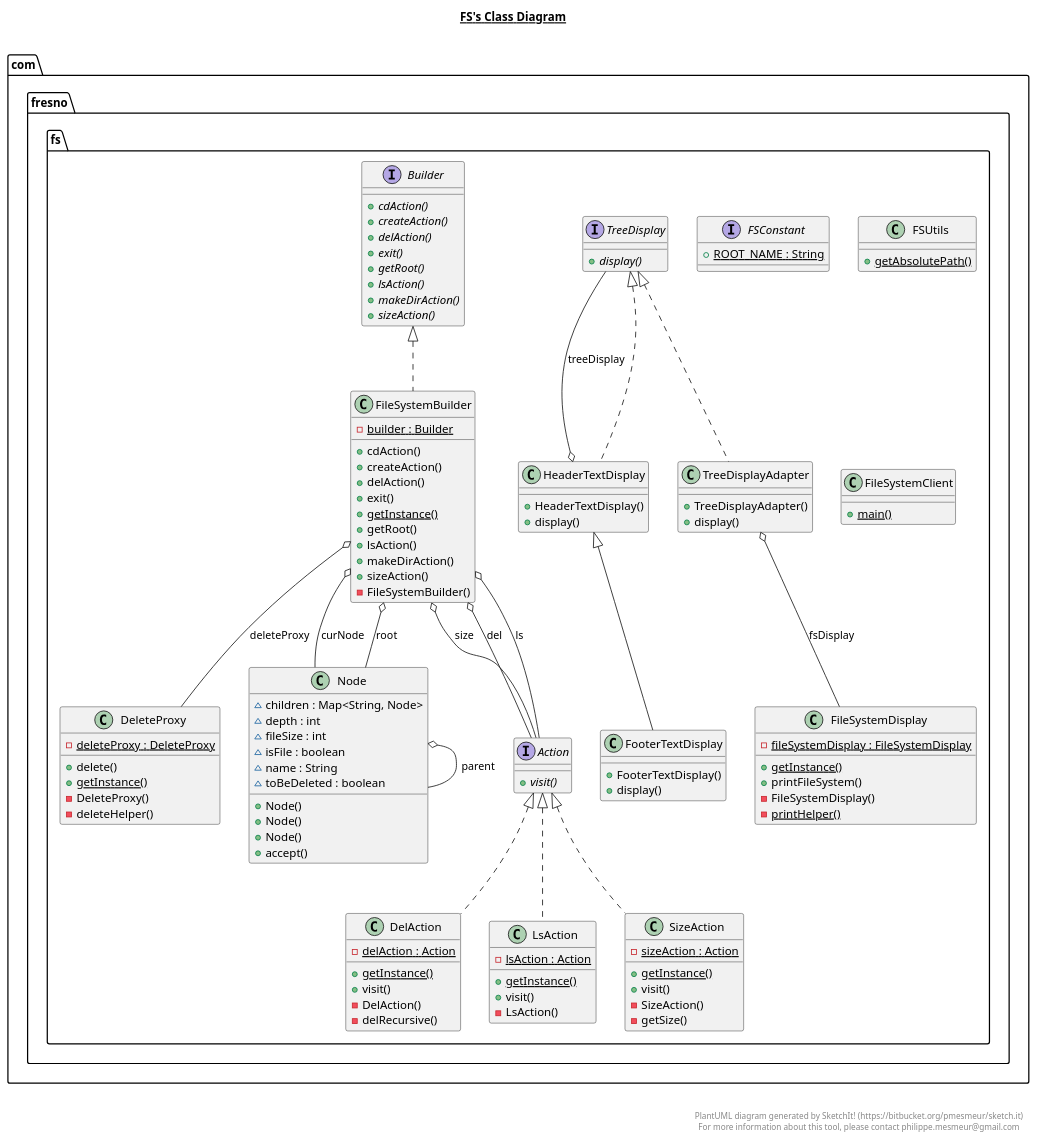
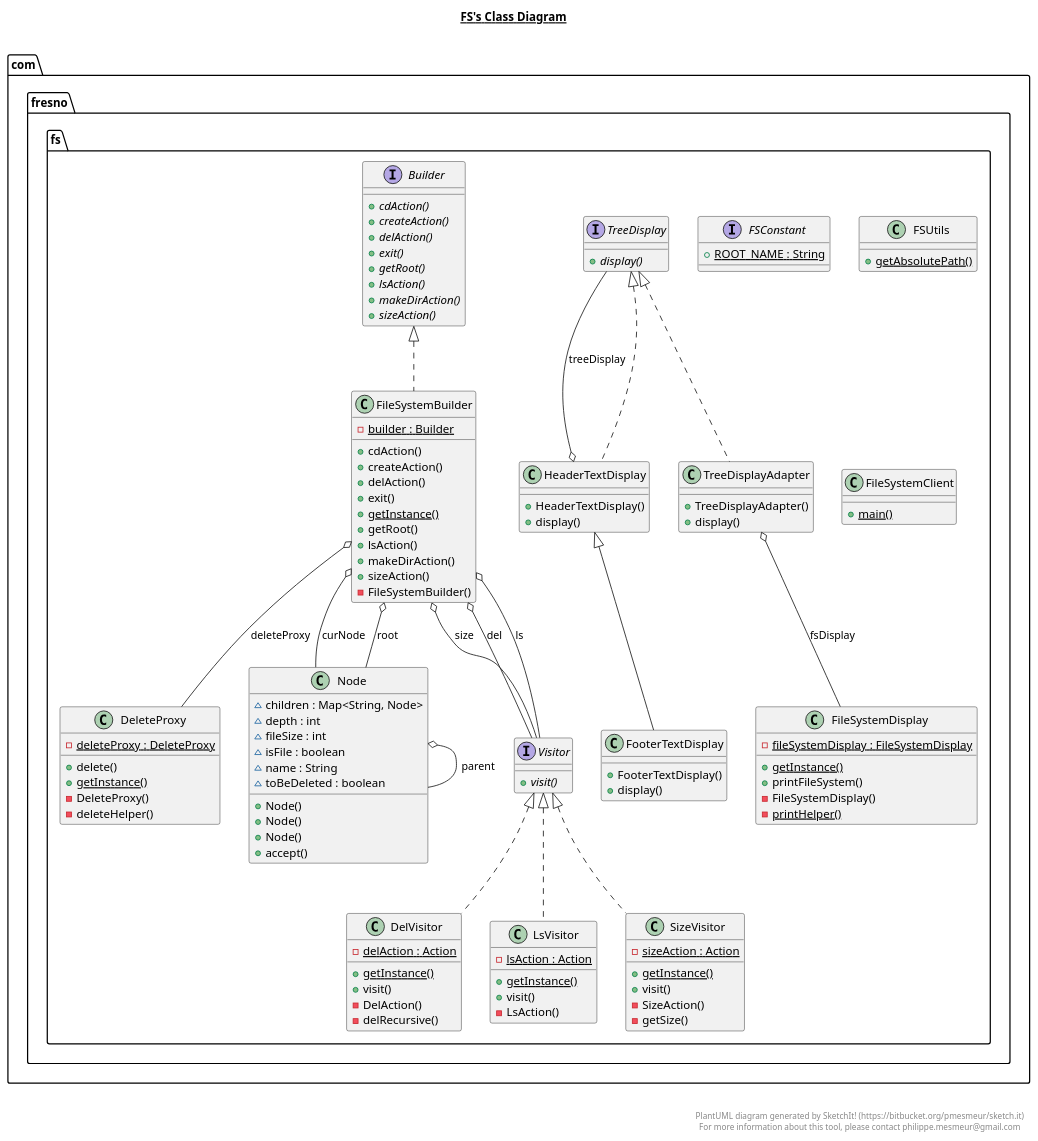
Before and after one commit to qwang6/assignment: the diagram in src/main/java/com/fresno/fs/fs.plantuml, drawn with PlantUML. The commit also changed 24 other files, not shown here.

```diff
--- a/src/main/java/com/fresno/fs/fs.plantuml
+++ b/src/main/java/com/fresno/fs/fs.plantuml
@@ -1,190 +1,190 @@
 @startuml
 
 title __FS's Class Diagram__\n
 
   namespace com.fresno.fs {
-    interface com.fresno.fs.Action {
+    interface com.fresno.fs.Visitor {
         {abstract} + visit()
     }
   }
   
 
   namespace com.fresno.fs {
     interface com.fresno.fs.Builder {
         {abstract} + cdAction()
         {abstract} + createAction()
         {abstract} + delAction()
         {abstract} + exit()
         {abstract} + getRoot()
         {abstract} + lsAction()
         {abstract} + makeDirAction()
         {abstract} + sizeAction()
     }
   }
   
 
   namespace com.fresno.fs {
-    class com.fresno.fs.DelAction {
+    class com.fresno.fs.DelVisitor {
         {static} - delAction : Action
         {static} + getInstance()
         + visit()
         - DelAction()
         - delRecursive()
     }
   }
   
 
   namespace com.fresno.fs {
     class com.fresno.fs.DeleteProxy {
         {static} - deleteProxy : DeleteProxy
         + delete()
         {static} + getInstance()
         - DeleteProxy()
         - deleteHelper()
     }
   }
   
 
   namespace com.fresno.fs {
     interface com.fresno.fs.FSConstant {
         {static} + ROOT_NAME : String
     }
   }
   
 
   namespace com.fresno.fs {
     class com.fresno.fs.FSUtils {
         {static} + getAbsolutePath()
     }
   }
   
 
   namespace com.fresno.fs {
     class com.fresno.fs.FileSystemBuilder {
         {static} - builder : Builder
         + cdAction()
         + createAction()
         + delAction()
         + exit()
         {static} + getInstance()
         + getRoot()
         + lsAction()
         + makeDirAction()
         + sizeAction()
         - FileSystemBuilder()
     }
   }
   
 
   namespace com.fresno.fs {
     class com.fresno.fs.FileSystemClient {
         {static} + main()
     }
   }
   
 
   namespace com.fresno.fs {
     class com.fresno.fs.FileSystemDisplay {
         {static} - fileSystemDisplay : FileSystemDisplay
         {static} + getInstance()
         + printFileSystem()
         - FileSystemDisplay()
         {static} - printHelper()
     }
   }
   
 
   namespace com.fresno.fs {
     class com.fresno.fs.FooterTextDisplay {
         + FooterTextDisplay()
         + display()
     }
   }
   
 
   namespace com.fresno.fs {
     class com.fresno.fs.HeaderTextDisplay {
         + HeaderTextDisplay()
         + display()
     }
   }
   
 
   namespace com.fresno.fs {
-    class com.fresno.fs.LsAction {
+    class com.fresno.fs.LsVisitor {
         {static} - lsAction : Action
         {static} + getInstance()
         + visit()
         - LsAction()
     }
   }
   
 
   namespace com.fresno.fs {
     class com.fresno.fs.Node {
         ~ children : Map<String, Node>
         ~ depth : int
         ~ fileSize : int
         ~ isFile : boolean
         ~ name : String
         ~ toBeDeleted : boolean
         + Node()
         + Node()
         + Node()
         + accept()
     }
   }
   
 
   namespace com.fresno.fs {
-    class com.fresno.fs.SizeAction {
+    class com.fresno.fs.SizeVisitor {
         {static} - sizeAction : Action
         {static} + getInstance()
         + visit()
         - SizeAction()
         - getSize()
     }
   }
   
 
   namespace com.fresno.fs {
     interface com.fresno.fs.TreeDisplay {
         {abstract} + display()
     }
   }
   
 
   namespace com.fresno.fs {
     class com.fresno.fs.TreeDisplayAdapter {
         + TreeDisplayAdapter()
         + display()
     }
   }
   
 
-  com.fresno.fs.DelAction .up.|> com.fresno.fs.Action
+  com.fresno.fs.DelVisitor .up.|> com.fresno.fs.Visitor
   com.fresno.fs.FileSystemBuilder .up.|> com.fresno.fs.Builder
   com.fresno.fs.FileSystemBuilder o-- com.fresno.fs.Node : curNode
-  com.fresno.fs.FileSystemBuilder o-- com.fresno.fs.Action : del
+  com.fresno.fs.FileSystemBuilder o-- com.fresno.fs.Visitor : del
   com.fresno.fs.FileSystemBuilder o-- com.fresno.fs.DeleteProxy : deleteProxy
-  com.fresno.fs.FileSystemBuilder o-- com.fresno.fs.Action : ls
+  com.fresno.fs.FileSystemBuilder o-- com.fresno.fs.Visitor : ls
   com.fresno.fs.FileSystemBuilder o-- com.fresno.fs.Node : root
-  com.fresno.fs.FileSystemBuilder o-- com.fresno.fs.Action : size
+  com.fresno.fs.FileSystemBuilder o-- com.fresno.fs.Visitor : size
   com.fresno.fs.FooterTextDisplay -up-|> com.fresno.fs.HeaderTextDisplay
   com.fresno.fs.HeaderTextDisplay .up.|> com.fresno.fs.TreeDisplay
   com.fresno.fs.HeaderTextDisplay o-- com.fresno.fs.TreeDisplay : treeDisplay
-  com.fresno.fs.LsAction .up.|> com.fresno.fs.Action
+  com.fresno.fs.LsVisitor .up.|> com.fresno.fs.Visitor
   com.fresno.fs.Node o-- com.fresno.fs.Node : parent
-  com.fresno.fs.SizeAction .up.|> com.fresno.fs.Action
+  com.fresno.fs.SizeVisitor .up.|> com.fresno.fs.Visitor
   com.fresno.fs.TreeDisplayAdapter .up.|> com.fresno.fs.TreeDisplay
   com.fresno.fs.TreeDisplayAdapter o-- com.fresno.fs.FileSystemDisplay : fsDisplay
 
 
 right footer
 
 
 PlantUML diagram generated by SketchIt! (https://bitbucket.org/pmesmeur/sketch.it)
 For more information about this tool, please contact philippe.mesmeur@gmail.com
 endfooter
 
 @enduml
```
